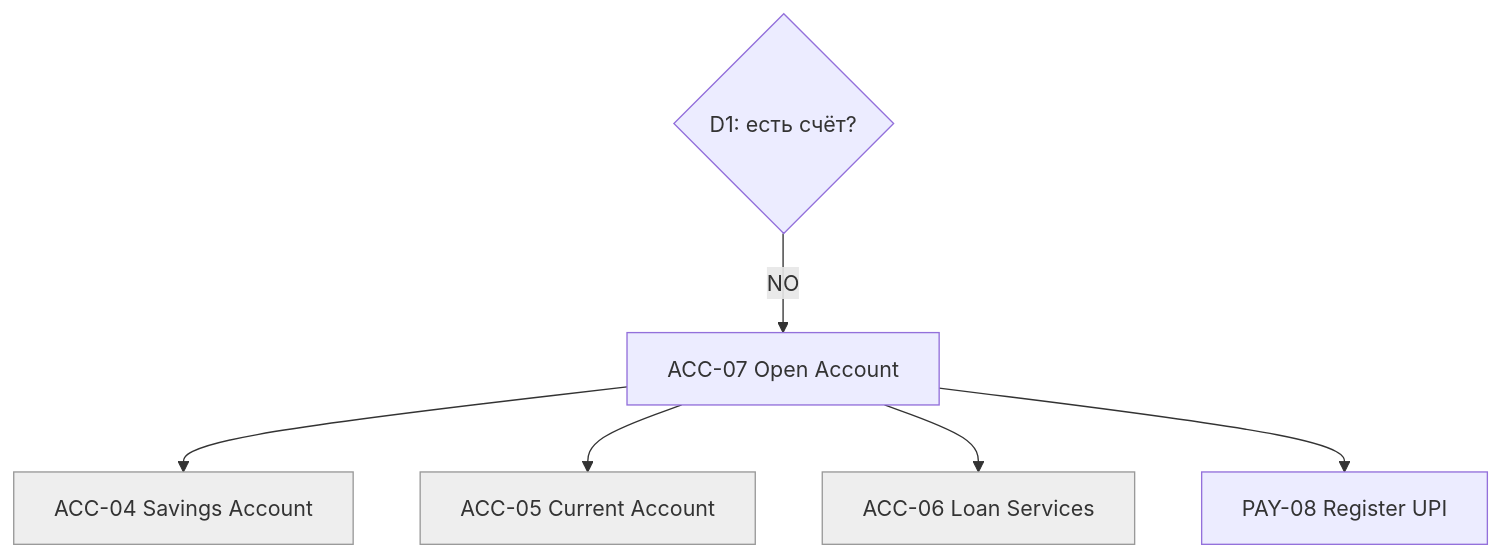
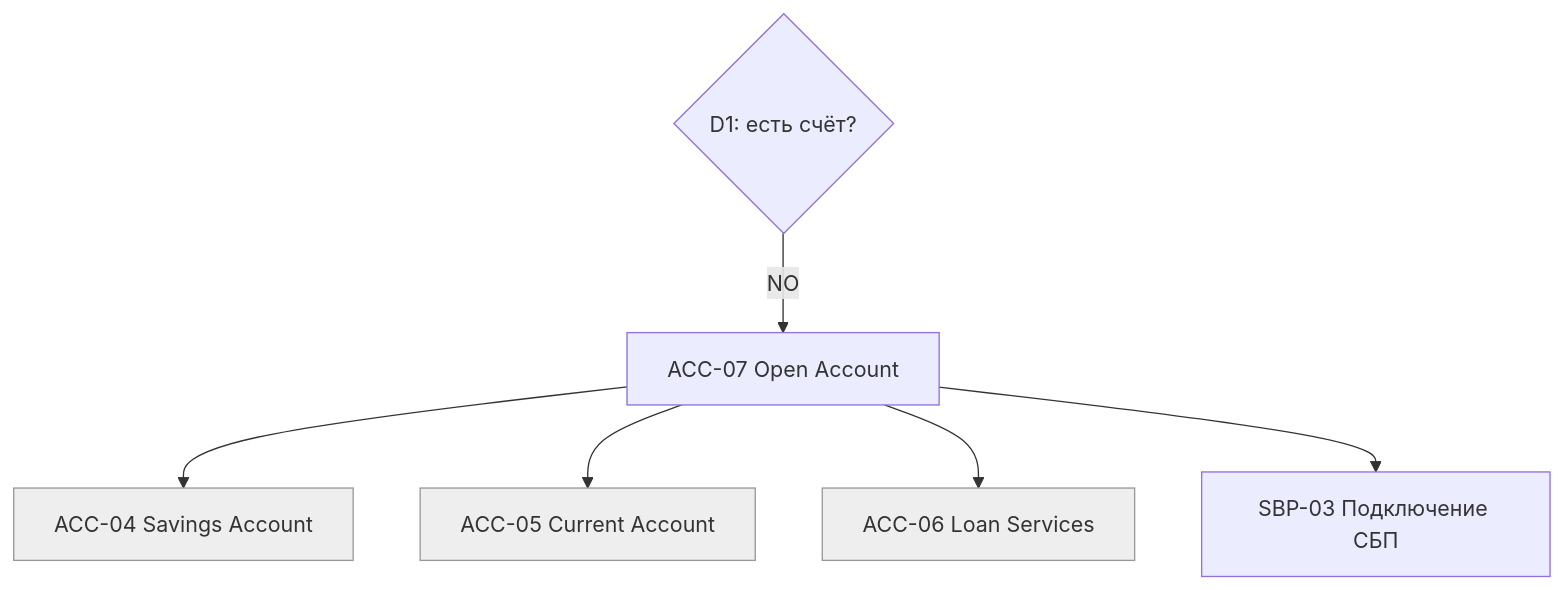
The sixth of 7 diagrams in docs/ui/USER_FLOWS.md (Shustrjak/claude_repo), drawn with Mermaid before and after one commit. The commit also changed other lines of this file and 6 other files, not shown here.

First line of the commit message:
Apply decisions D-01..D-05 to UI spec and roadmap

````diff
--- a/docs/ui/USER_FLOWS.md
+++ b/docs/ui/USER_FLOWS.md
@@ -145,10 +150,10 @@
 ```mermaid
 flowchart TD
   D1{D1: есть счёт?} -- NO --> ACC07[ACC-07 Open Account]
   ACC07 --> ACC04[ACC-04 Savings Account]
   ACC07 --> ACC05[ACC-05 Current Account]
   ACC07 --> ACC06[ACC-06 Loan Services]
-  ACC07 --> PAY08[PAY-08 Register UPI]
+  ACC07 --> SBP03[SBP-03 Подключение СБП]
   classDef candidate fill:#eee,stroke:#999
   class ACC04,ACC05,ACC06 candidate
 ```
````
